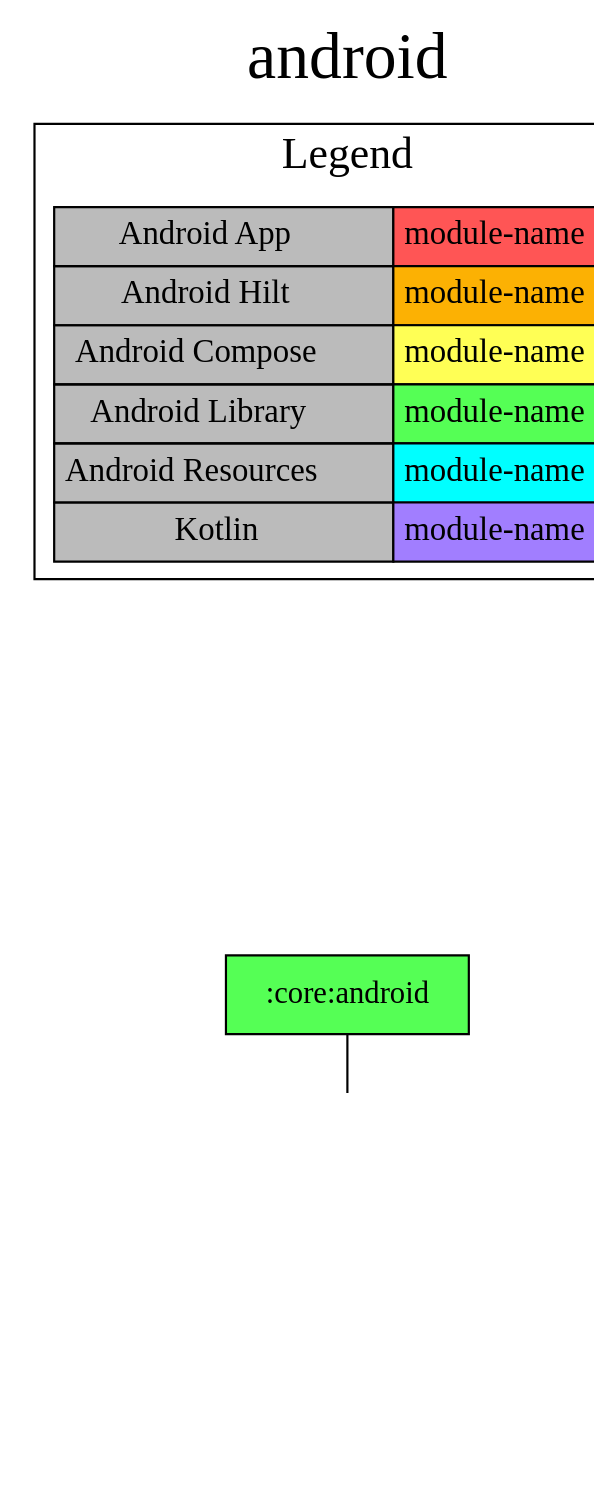
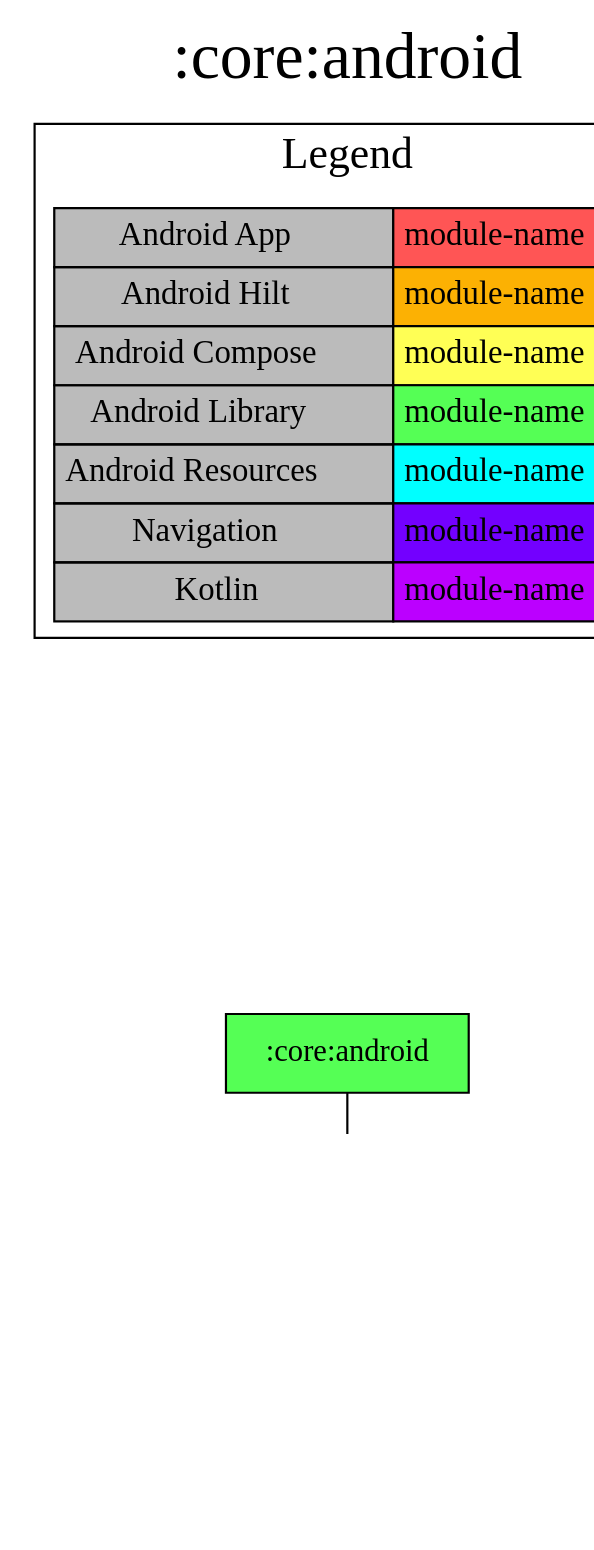
One commit to jonapoul/nasa-android changed the diagram in modules/core/android/project-dependency-graph.dot. Above: the diagram before and after it, drawn with Graphviz. The commit also changed 162 other files, not shown here.

Commit message:
Voyager -> AndroidX Navigation

```diff
--- a/modules/core/android/project-dependency-graph.dot
+++ b/modules/core/android/project-dependency-graph.dot
@@ -1,26 +1,27 @@
 digraph {
 edge ["dir"="forward"]
-graph ["dpi"="100","label"="android","labelloc"="t","fontsize"="30","ranksep"="2.5","rankdir"="TB"]
+graph ["dpi"="100","label"=":core:android","labelloc"="t","fontsize"="30","ranksep"="2.5","rankdir"="TB"]
 node ["style"="filled"]
 ":core:android" ["fillcolor"="#55FF55","shape"="box"]
-":core:model" ["fillcolor"="#A17EFF","shape"="box"]
+":core:model" ["fillcolor"="#BB00FF","shape"="box"]
 {
 edge ["dir"="none"]
 graph ["rank"="same"]
 }
 ":core:android" -> ":core:model"
 subgraph "cluster_legend" {
 edge ["dir"="none"]
 graph ["label"="Legend","fontsize"="20"]
 "Legend" ["style"="filled","fillcolor"="#bbbbbb","shape"="none","margin"="0","fontsize"="15","label"=<
 <TABLE BORDER="0" CELLBORDER="1" CELLSPACING="0" CELLPADDING="4">
 <TR><TD>Android App</TD><TD BGCOLOR="#FF5555">module-name</TD></TR>
 <TR><TD>Android Hilt</TD><TD BGCOLOR="#FCB103">module-name</TD></TR>
 <TR><TD>Android Compose</TD><TD BGCOLOR="#FFFF55">module-name</TD></TR>
 <TR><TD>Android Library</TD><TD BGCOLOR="#55FF55">module-name</TD></TR>
 <TR><TD>Android Resources</TD><TD BGCOLOR="#00FFFF">module-name</TD></TR>
-<TR><TD>Kotlin</TD><TD BGCOLOR="#A17EFF">module-name</TD></TR>
+<TR><TD>Navigation</TD><TD BGCOLOR="#7300FF">module-name</TD></TR>
+<TR><TD>Kotlin</TD><TD BGCOLOR="#BB00FF">module-name</TD></TR>
 </TABLE>
 >]
 } -> ":core:android" ["style"="invis"]
 }
```
